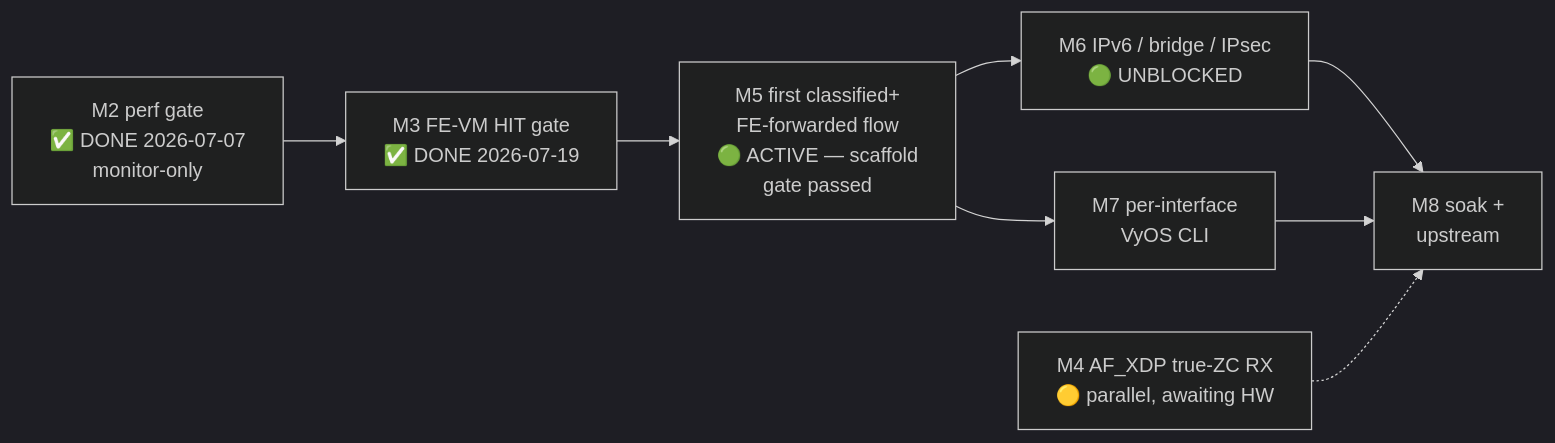
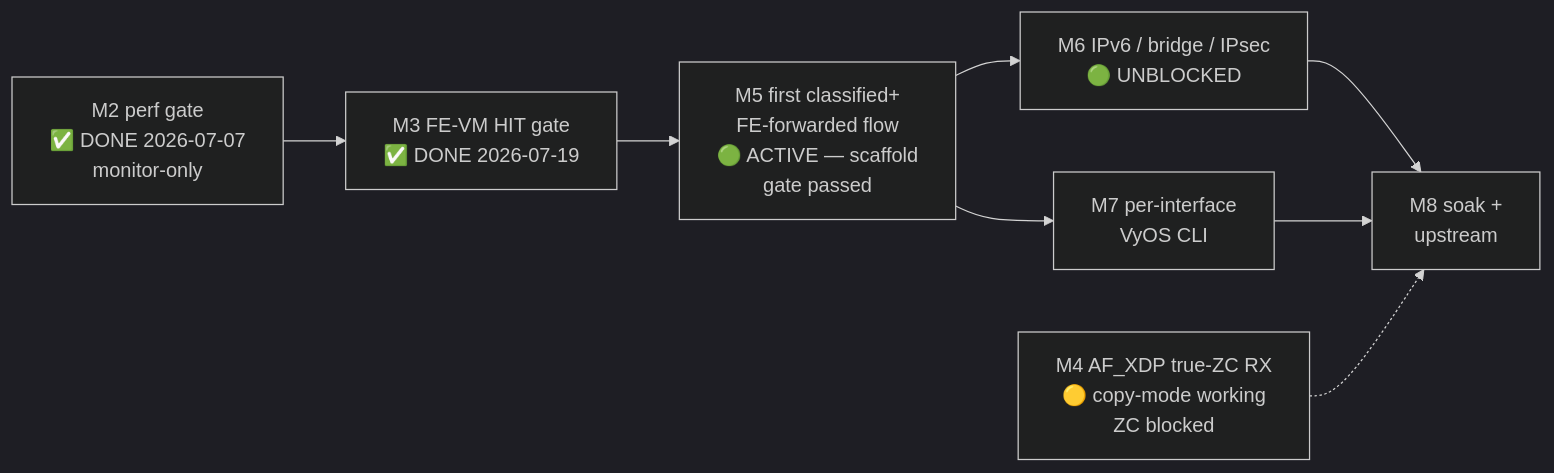
The diagram in plans/ASK2-MASTER-PLAN.md (Daegara/vyos-ls1046a-build), drawn with Mermaid (dark theme) before and after one commit. The commit also changed other lines of this file, not shown here.

First line of the commit message:
doc(ASK2-MASTER-PLAN): v1.7.0 — VPP AF_XDP copy-mode working, vyos-1x patches regenerated

````diff
--- a/plans/ASK2-MASTER-PLAN.md
+++ b/plans/ASK2-MASTER-PLAN.md
@@ -238,10 +240,10 @@
 ```mermaid
 graph LR
     M2["M2 perf gate<br/>✅ DONE 2026-07-07<br/>monitor-only"] --> M3["M3 FE-VM HIT gate<br/>✅ DONE 2026-07-19"]
     M3 --> M5["M5 first classified+<br/>FE-forwarded flow<br/>🟢 ACTIVE — scaffold<br/>gate passed"]
     M5 --> M6["M6 IPv6 / bridge / IPsec<br/>🟢 UNBLOCKED"]
     M5 --> M7["M7 per-interface<br/>VyOS CLI"]
     M6 --> M8["M8 soak +<br/>upstream"]
     M7 --> M8
-    M4["M4 AF_XDP true-ZC RX<br/>🟡 parallel, awaiting HW"] -.-> M8
+    M4["M4 AF_XDP true-ZC RX<br/>🟡 copy-mode working<br/>ZC blocked"] -.-> M8
 ```
````
